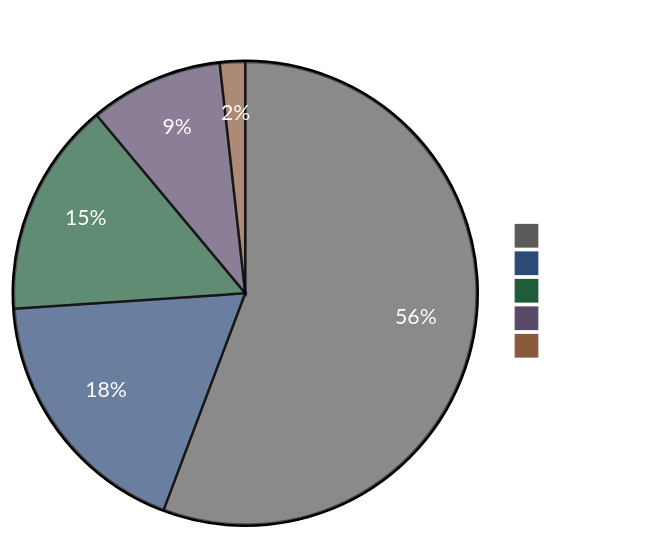
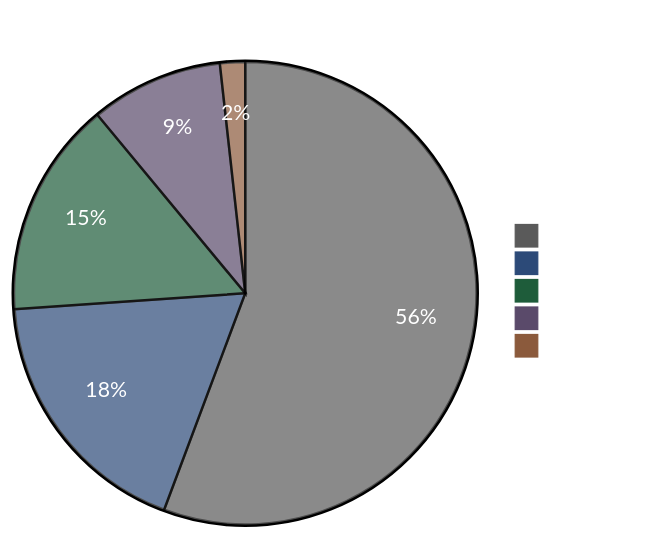
Before and after one commit to ccmeteorljh/reco-arxiv-daily: the diagram in README.md, drawn with Mermaid. The commit also changed other lines of this file and 7 other files, not shown here.

````diff
--- a/README.md
+++ b/README.md
@@ -6,19 +6,19 @@
 ```mermaid
 %%{init: {'theme':'base', 'themeVariables': {
   'pie1':'#5a5a5a',
   'pie2':'#2c4a78',
   'pie3':'#1e5c3a',
   'pie4':'#5a4a6a',
   'pie5':'#8b5a3c',
   'pieTitleTextColor':'#ffffff',
   'pieSectionTextColor':'#ffffff',
   'pieLegendTextColor':'#ffffff'
 }}}%%
 pie showData
 title Paper Distribution by Tag
-  "Other" : 695
-  "LLM" : 227
-  "GR" : 187
+  "Other" : 698
+  "LLM" : 228
+  "GR" : 189
   "Seq" : 116
   "Scaling" : 22
 ```
````
